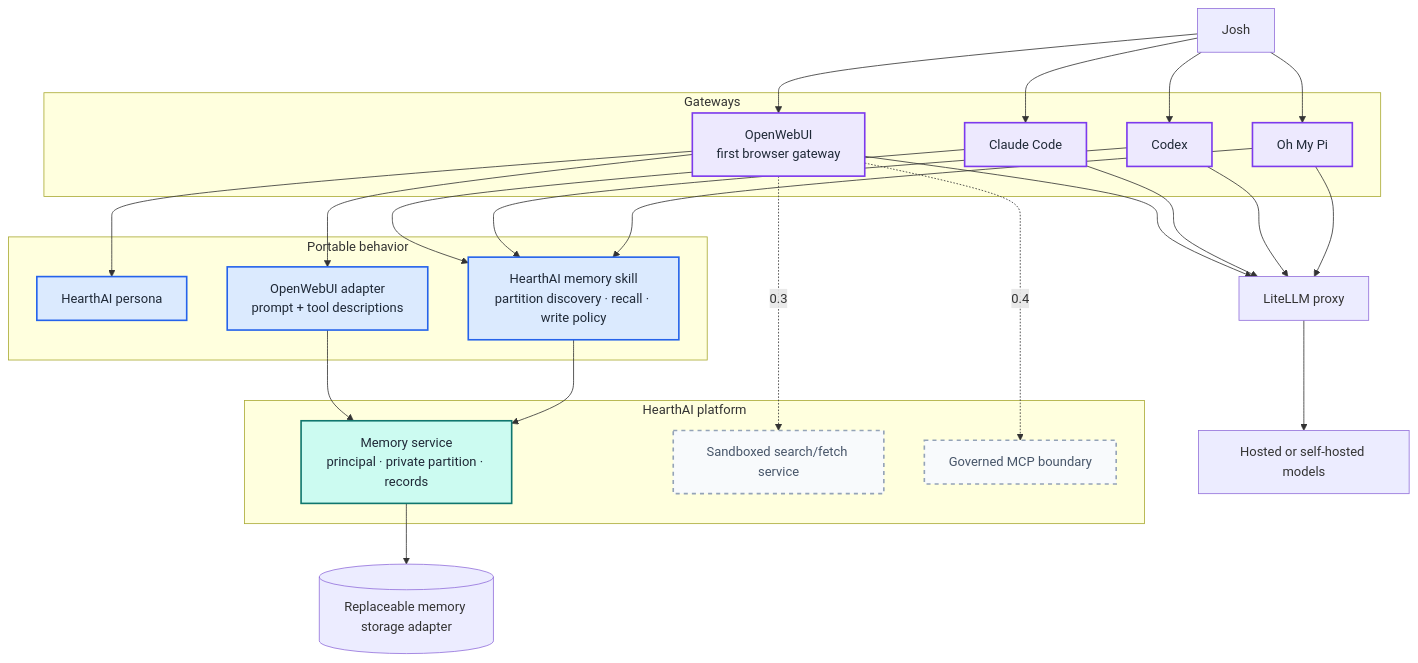
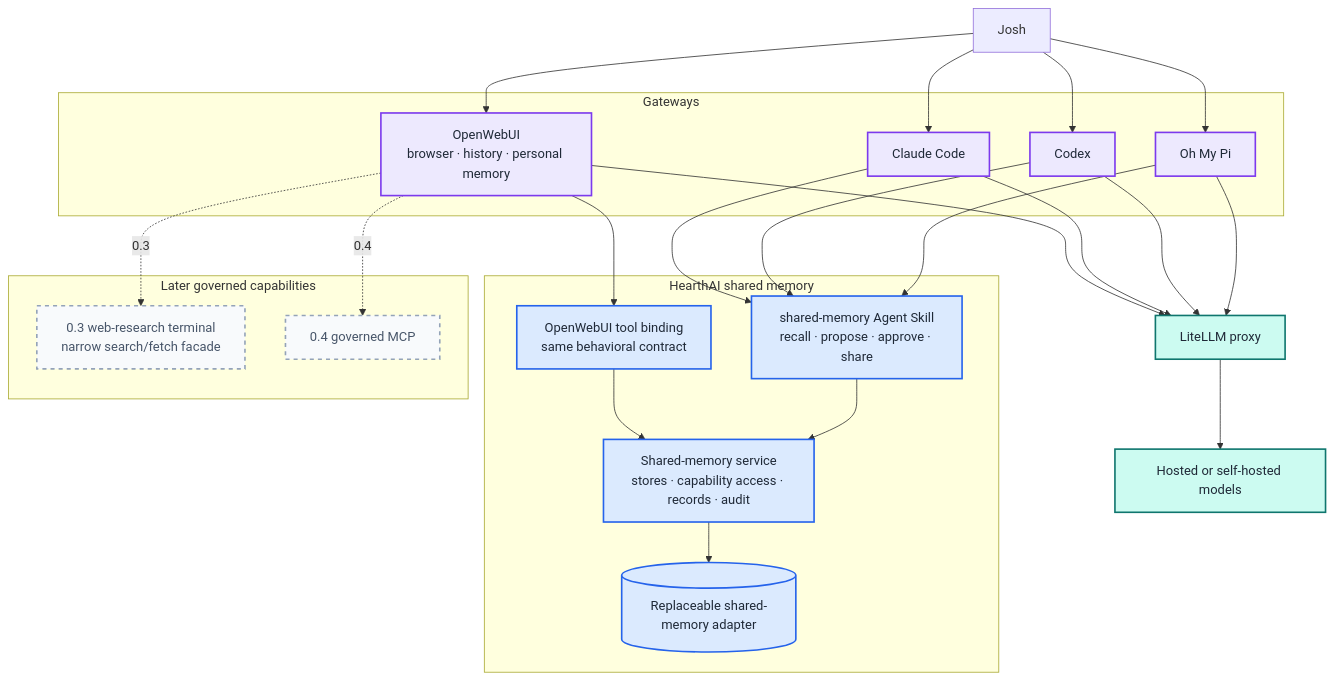
Before and after one commit to jokajak/hearthai: the first of 6 diagrams in docs/ARCHITECTURE.md, drawn with Mermaid. The commit also changed other lines of this file and 5 other files, not shown here.

Commit message:
Refine HearthAI capability roadmap

````diff
--- a/docs/ARCHITECTURE.md
+++ b/docs/ARCHITECTURE.md
@@ -27,60 +22,58 @@
 ```mermaid
 flowchart TB
     USER["Josh"]
 
     subgraph GATEWAYS["Gateways"]
-        OW["OpenWebUI<br/>first browser gateway"]
+        OW["OpenWebUI<br/>browser · history · personal memory"]
         CC["Claude Code"]
         CX["Codex"]
         OMP["Oh My Pi"]
     end
 
-    subgraph BEHAVIOR["Portable behavior"]
-        PERSONA["HearthAI persona"]
-        SKILL["HearthAI memory skill<br/>partition discovery · recall · write policy"]
-        OWADAPTER["OpenWebUI adapter<br/>prompt + tool descriptions"]
+    subgraph MEMORY["HearthAI shared memory"]
+        SKILL["shared-memory Agent Skill<br/>recall · propose · approve · share"]
+        OWADAPTER["OpenWebUI tool binding<br/>same behavioral contract"]
+        SERVICE["Shared-memory service<br/>stores · capability access · records · audit"]
+        STORE[("Replaceable shared-memory adapter")]
     end
 
-    subgraph PLATFORM["HearthAI platform"]
-        MEMORY["Memory service<br/>principal · private partition · records"]
-        FETCH["Sandboxed search/fetch service"]
-        MCP["Governed MCP boundary"]
+    subgraph LATER["Later governed capabilities"]
+        FETCH["0.3 web-research terminal<br/>narrow search/fetch facade"]
+        MCP["0.4 governed MCP"]
     end
 
     LITELLM["LiteLLM proxy"]
     MODELS["Hosted or self-hosted models"]
-    STORE[("Replaceable memory storage adapter")]
 
     USER --> OW
     USER --> CC
     USER --> CX
     USER --> OMP
-
-    OW --> PERSONA
-    OW --> OWADAPTER
-    CC --> SKILL
-    CX --> SKILL
-    OMP --> SKILL
 
     OW --> LITELLM
     CC --> LITELLM
     CX --> LITELLM
     OMP --> LITELLM
     LITELLM --> MODELS
 
-    OWADAPTER --> MEMORY
-    SKILL --> MEMORY
+    OW --> OWADAPTER
+    CC --> SKILL
+    CX --> SKILL
+    OMP --> SKILL
+    OWADAPTER --> SERVICE
+    SKILL --> SERVICE
+    SERVICE --> STORE
+
     OW -. "0.3" .-> FETCH
     OW -. "0.4" .-> MCP
-    MEMORY --> STORE
 
     classDef gateway fill:#ede9fe,stroke:#7c3aed,stroke-width:2px,color:#1f2937
-    classDef behavior fill:#dbeafe,stroke:#2563eb,stroke-width:2px,color:#1f2937
+    classDef memory fill:#dbeafe,stroke:#2563eb,stroke-width:2px,color:#1f2937
     classDef platform fill:#ccfbf1,stroke:#0f766e,stroke-width:2px,color:#1f2937
     classDef deferred fill:#f8fafc,stroke:#94a3b8,stroke-width:2px,stroke-dasharray:5 5,color:#475569
 
     class OW,CC,CX,OMP gateway
-    class PERSONA,SKILL,OWADAPTER behavior
-    class MEMORY platform
+    class SKILL,OWADAPTER,SERVICE,STORE memory
+    class LITELLM,MODELS platform
     class FETCH,MCP deferred
 ```
````
